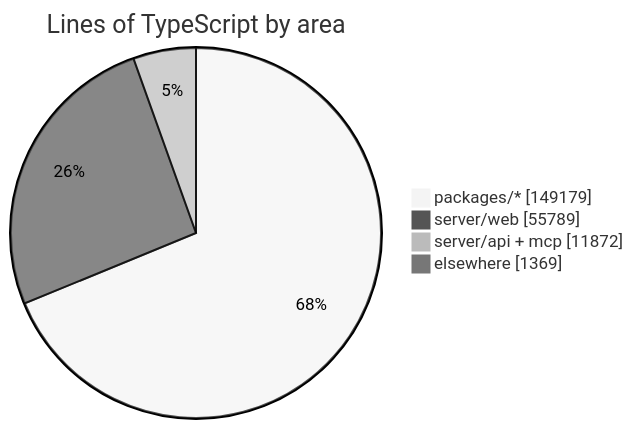
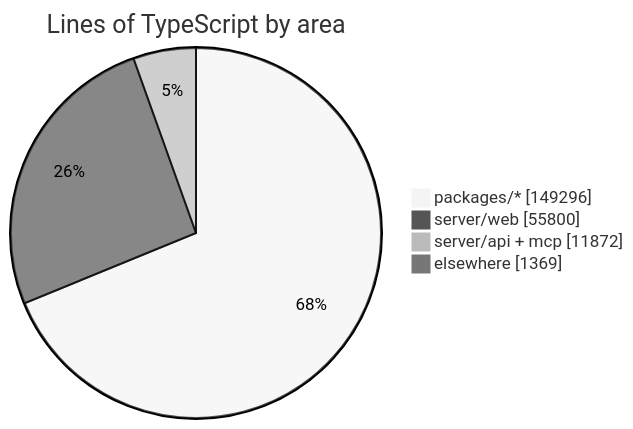
Before and after one commit to crossworks-engineering/mantle: the diagram in README.md, drawn with Mermaid (neutral theme). The commit also changed other lines of this file and 2 other files, not shown here.

````diff
--- a/README.md
+++ b/README.md
@@ -279,7 +279,7 @@
 ```mermaid
 pie showData title Lines of TypeScript by area
-    "packages/*" : 149179
-    "server/web" : 55789
+    "packages/*" : 149296
+    "server/web" : 55800
     "server/api + mcp" : 11872
     "elsewhere" : 1369
 ```
````
